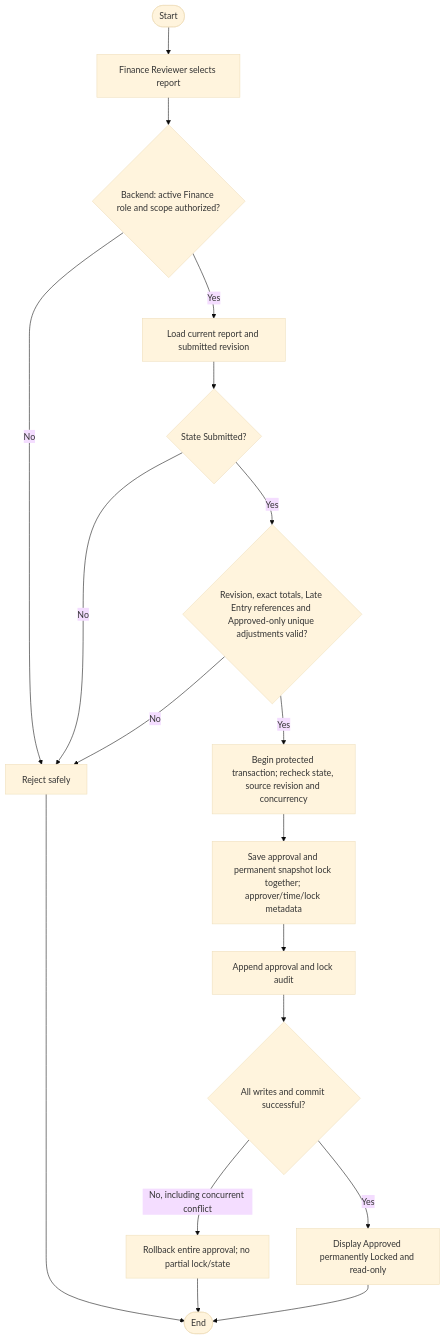
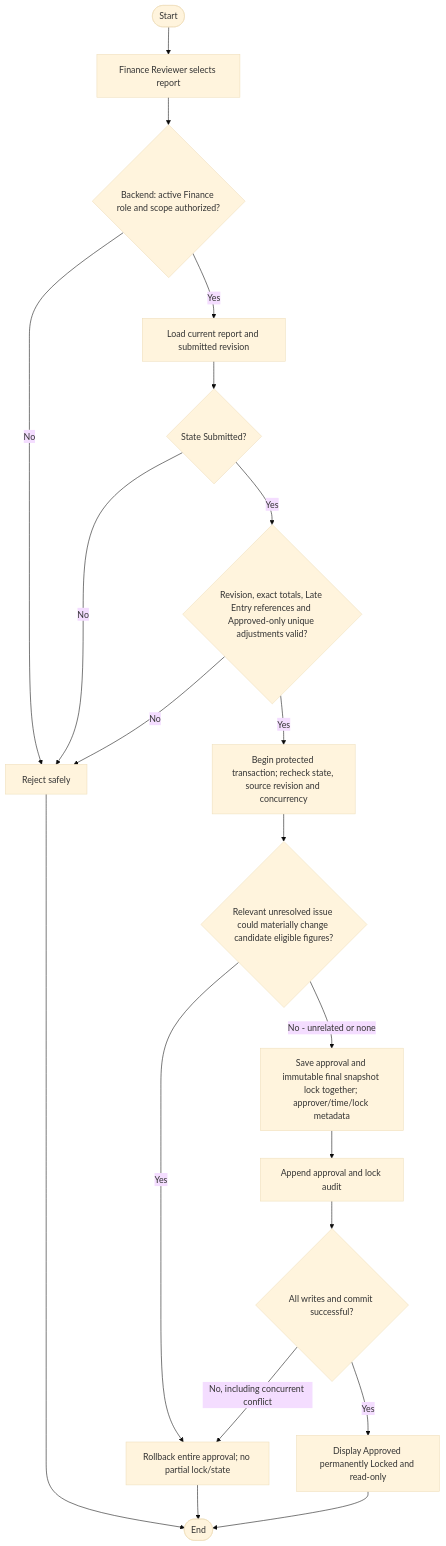
The diagram in docs/flows/finance-reviewer/approve-and-lock-weekly-report.md (ShahzamanNaveed/HopeBridge), drawn with Mermaid (base theme) before and after one commit. The commit also changed other lines of this file and 54 other files, not shown here.

Commit message:
add final project architecture

````diff
--- a/docs/flows/finance-reviewer/approve-and-lock-weekly-report.md
+++ b/docs/flows/finance-reviewer/approve-and-lock-weekly-report.md
@@ -49,20 +62,22 @@
 ```mermaid
 flowchart TD
     A([Start]) --> B["Finance Reviewer selects report"]
     B --> C{"Backend: active Finance role and scope authorized?"}
     C -->|No| X["Reject safely"]
     C -->|Yes| D["Load current report and submitted revision"]
     D --> E{"State Submitted?"}
     E -->|No| X
     E -->|Yes| F{"Revision, exact totals, Late Entry references and Approved-only unique adjustments valid?"}
     F -->|No| X
     F -->|Yes| G["Begin protected transaction; recheck state, source revision and concurrency"]
-    G --> H["Save approval and permanent snapshot lock together; approver/time/lock metadata"]
+    G --> RI{"Relevant unresolved issue could materially change candidate eligible figures?"}
+    RI -->|Yes| R
+    RI -->|No - unrelated or none| H["Save approval and immutable final snapshot lock together; approver/time/lock metadata"]
     H --> I["Append approval and lock audit"]
     I --> J{"All writes and commit successful?"}
     J -->|No, including concurrent conflict| R["Rollback entire approval; no partial lock/state"]
     J -->|Yes| K["Display Approved permanently Locked and read-only"]
     X --> Z([End])
     R --> Z
     K --> Z
 ```
````
